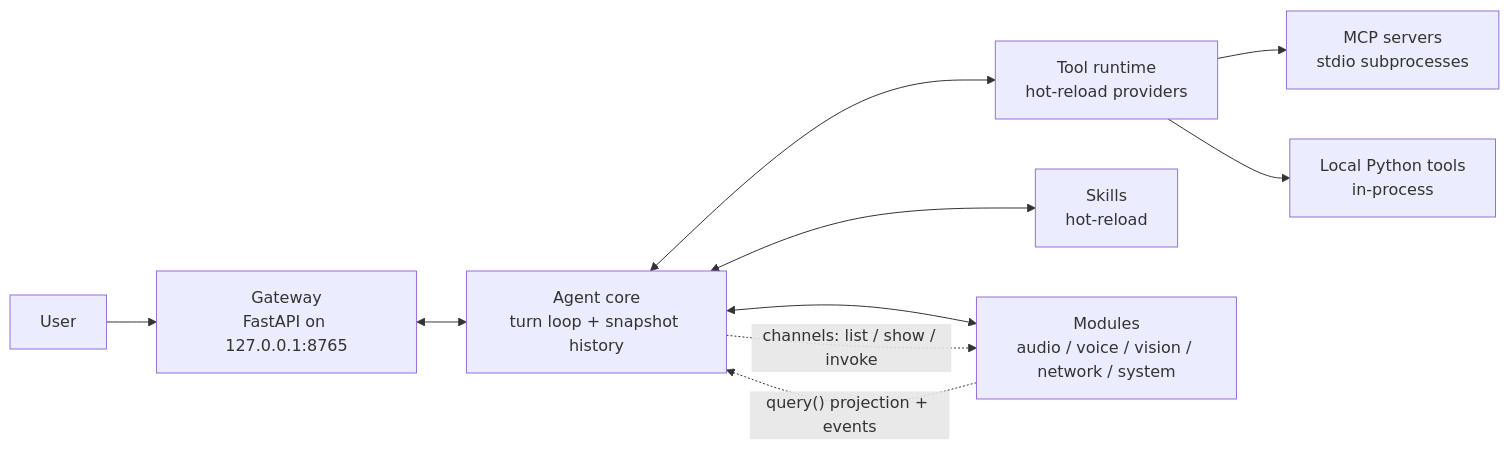
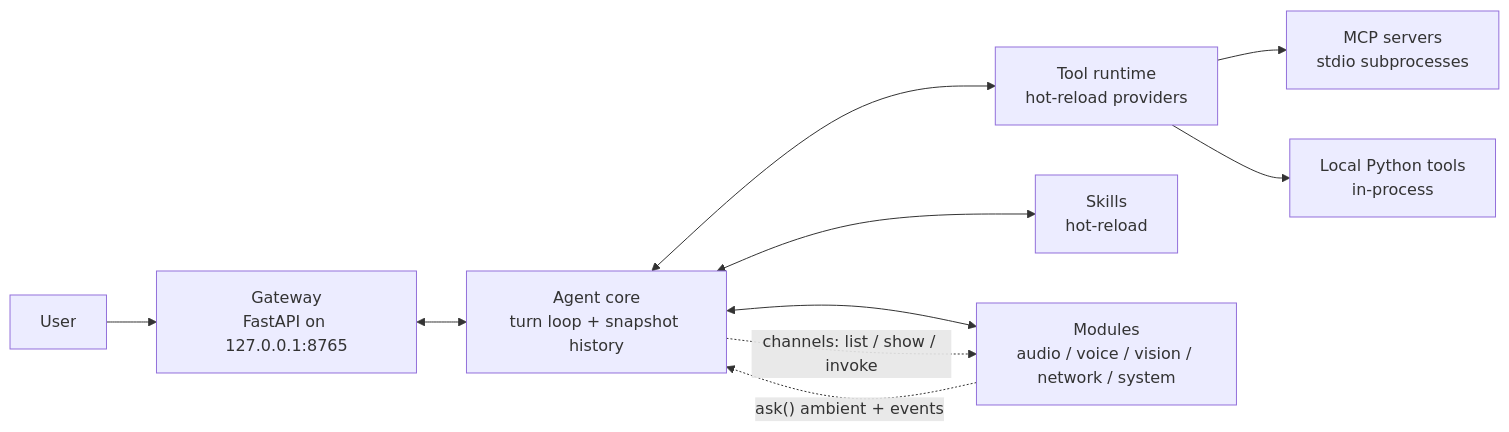
Before and after one commit to DarkSpaceY/NAN-itself: the first of 4 diagrams in README.md, drawn with Mermaid. The commit also changed other lines of this file and 31 other files, not shown here.

````diff
--- a/README.md
+++ b/README.md
@@ -49,12 +50,12 @@
 ```mermaid
 flowchart LR
     U[User] --> G[Gateway<br/>FastAPI on 127.0.0.1:8765]
     G <--> C[Agent core<br/>turn loop + snapshot history]
     C <--> T[Tool runtime<br/>hot-reload providers]
     T --> MCP[MCP servers<br/>stdio subprocesses]
     T --> LP[Local Python tools<br/>in-process]
     C <--> SK[Skills<br/>hot-reload]
     C <--> MD[Modules<br/>audio / voice / vision / network / system]
     C -. "channels: list / show / invoke" .-> MD
-    MD -. "query() projection + events" .-> C
+    MD -. "ask() ambient + events" .-> C
 ```
````
